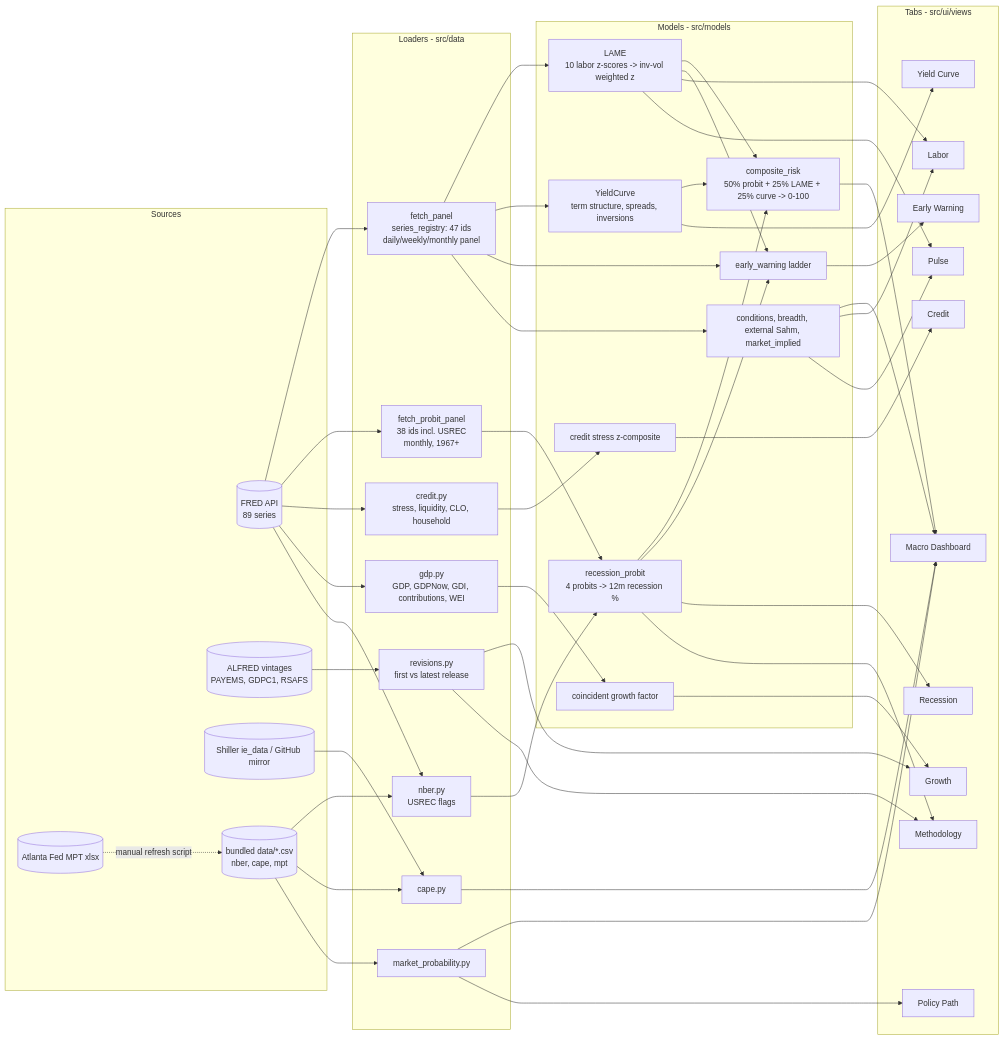
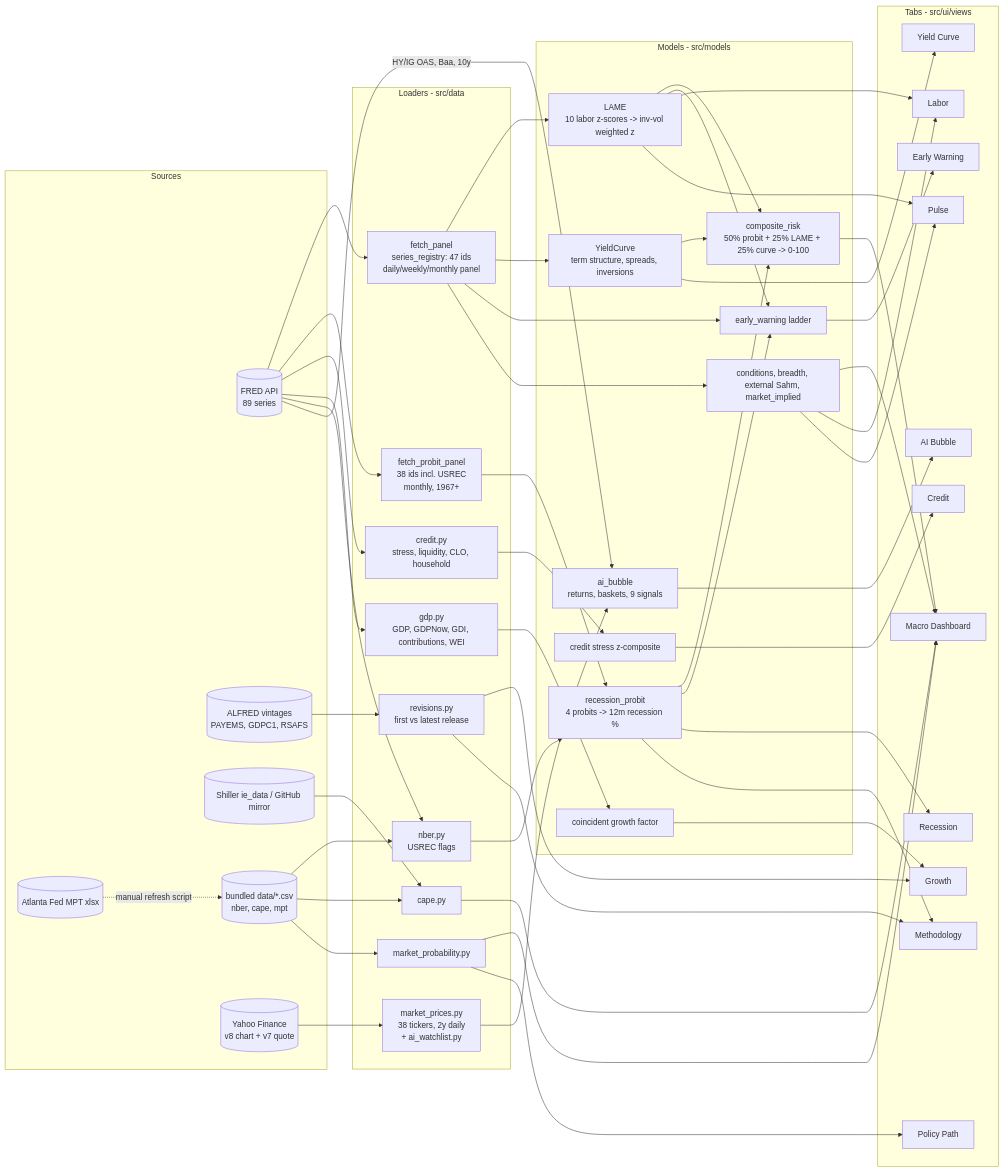
Before and after one commit to krakengames20/FINANCE_DASHBOARD: the diagram in ARCHITECTURE.md, drawn with Mermaid. The commit also changed other lines of this file and 13 other files, not shown here.

First line of the commit message:
Add AI Bubble tab: daily monitor for the AI trade

````diff
--- a/ARCHITECTURE.md
+++ b/ARCHITECTURE.md
@@ -7,71 +7,79 @@
 ```mermaid
 flowchart LR
   subgraph SRC[Sources]
     FRED[(FRED API<br/>89 series)]
     ALFRED[(ALFRED vintages<br/>PAYEMS, GDPC1, RSAFS)]
     SHILLER[(Shiller ie_data / GitHub mirror)]
     ATL[(Atlanta Fed MPT xlsx)]
     CSV[(bundled data/*.csv<br/>nber, cape, mpt)]
+    YAHOO[(Yahoo Finance<br/>v8 chart + v7 quote)]
   end
 
   subgraph LOAD[Loaders - src/data]
     PANEL[fetch_panel<br/>series_registry: 47 ids<br/>daily/weekly/monthly panel]
     PROBITP[fetch_probit_panel<br/>38 ids incl. USREC<br/>monthly, 1967+]
     CRED[credit.py<br/>stress, liquidity, CLO, household]
     GDP[gdp.py<br/>GDP, GDPNow, GDI, contributions, WEI]
     REV[revisions.py<br/>first vs latest release]
     NBER[nber.py<br/>USREC flags]
     CAPE[cape.py]
     MPT[market_probability.py]
+    MKT[market_prices.py<br/>38 tickers, 2y daily<br/>+ ai_watchlist.py]
   end
 
   subgraph MODEL[Models - src/models]
     PROBIT[recession_probit<br/>4 probits -> 12m recession %]
     LAME[LAME<br/>10 labor z-scores -> inv-vol weighted z]
     YC[YieldCurve<br/>term structure, spreads, inversions]
     COMP[composite_risk<br/>50% probit + 25% LAME + 25% curve -> 0-100]
     EW[early_warning ladder]
     MISC[conditions, breadth, external Sahm, market_implied]
     CSTRESS[credit stress z-composite]
     GFAC[coincident growth factor]
+    AIB[ai_bubble<br/>returns, baskets, 9 signals]
   end
 
   subgraph UI[Tabs - src/ui/views]
     T1[Macro Dashboard]
     T2[Early Warning]
     T3[Recession]
     T4[Yield Curve]
     T5[Credit]
     T6[Labor]
     T7[Growth]
     T8[Pulse]
     T9[Policy Path]
+    T11[AI Bubble]
     T10[Methodology]
   end
 
   FRED --> PANEL & PROBITP & CRED & GDP & NBER
   ALFRED --> REV
   SHILLER --> CAPE
   CSV --> NBER & CAPE & MPT
   ATL -.->|manual refresh script| CSV
+  YAHOO --> MKT
+  FRED -->|HY/IG OAS, Baa, 10y| AIB
 
   PROBITP --> PROBIT
   NBER --> PROBIT
   PANEL --> LAME & YC & EW & MISC
   PROBIT & LAME & YC --> COMP
   PROBIT & LAME --> EW
   CRED --> CSTRESS
   GDP --> GFAC
+  MKT --> AIB
 
   COMP --> T1
   CAPE & MPT & MISC --> T1
   EW --> T2
   PROBIT --> T3
   YC --> T4
   CSTRESS --> T5
   LAME & MISC --> T6
   GFAC & REV --> T7
   MISC & LAME --> T8
   MPT --> T9
   PROBIT & REV --> T10
+  AIB --> T11
 ```
````
